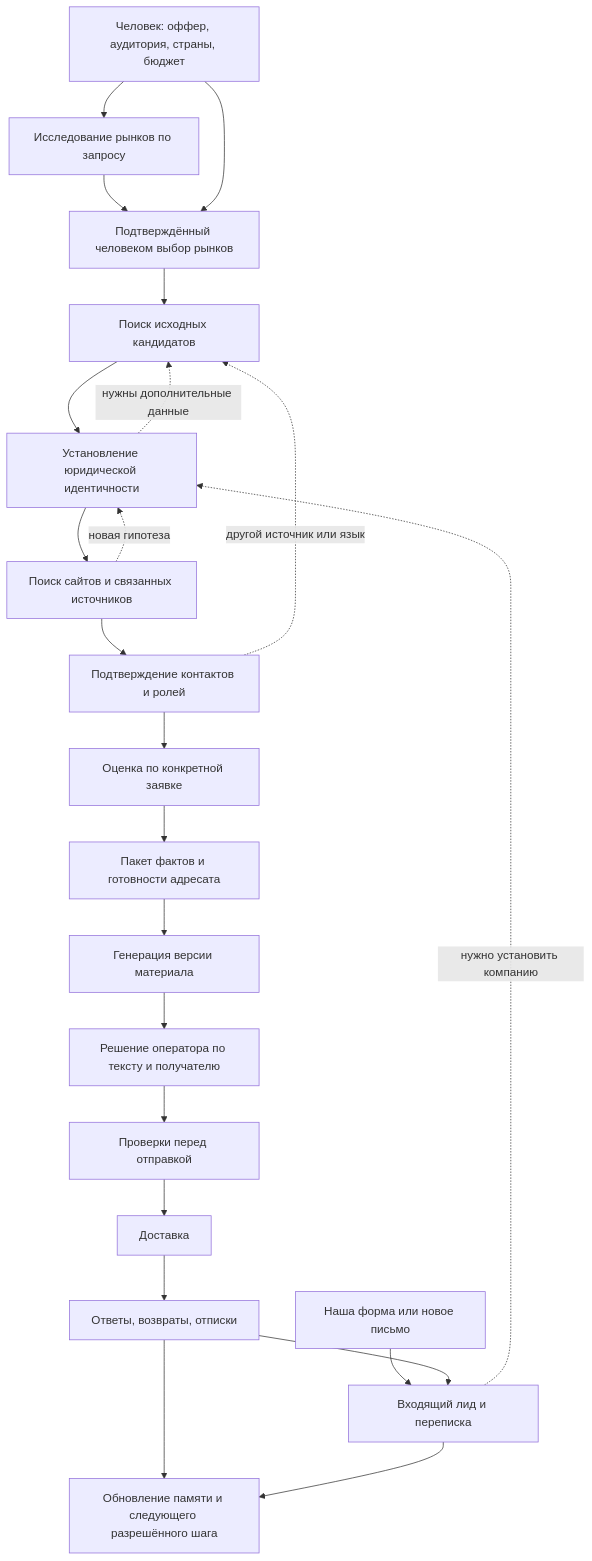
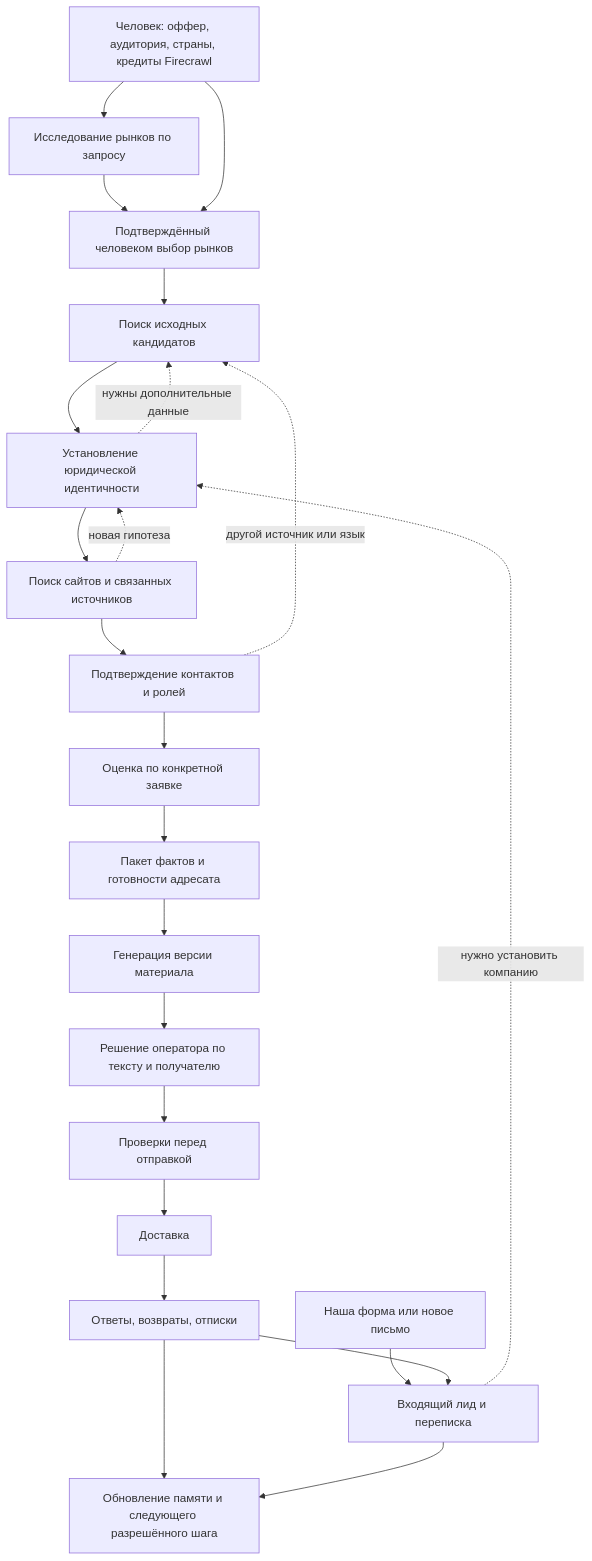
Before and after one commit to kegazani/lead-gen: the diagram in docs/concepts/intelligent-lead-research/01-vision-and-workflows.md, drawn with Mermaid. The commit also changed other lines of this file and 42 other files, not shown here.

````diff
--- a/docs/concepts/intelligent-lead-research/01-vision-and-workflows.md
+++ b/docs/concepts/intelligent-lead-research/01-vision-and-workflows.md
@@ -23,25 +23,25 @@
 ```mermaid
 flowchart TD
-    U[Человек: оффер, аудитория, страны, бюджет] --> M[Исследование рынков по запросу]
+    U[Человек: оффер, аудитория, страны, кредиты Firecrawl] --> M[Исследование рынков по запросу]
     M --> S[Подтверждённый человеком выбор рынков]
     U --> S
     S --> R[Поиск исходных кандидатов]
     R --> I[Установление юридической идентичности]
     I --> G[Поиск сайтов и связанных источников]
     G --> C[Подтверждение контактов и ролей]
     C --> Q[Оценка по конкретной заявке]
     Q --> P[Пакет фактов и готовности адресата]
     P --> D[Генерация версии материала]
     D --> A[Решение оператора по тексту и получателю]
     A --> X[Проверки перед отправкой]
     X --> T[Доставка]
     T --> F[Ответы, возвраты, отписки]
     F --> K[Обновление памяти и следующего разрешённого шага]
     V[Наша форма или новое письмо] --> B[Входящий лид и переписка]
     F --> B
     B --> K
     B -. нужно установить компанию .-> I
     I -. нужны дополнительные данные .-> R
     C -. другой источник или язык .-> R
     G -. новая гипотеза .-> I
 ```
````
